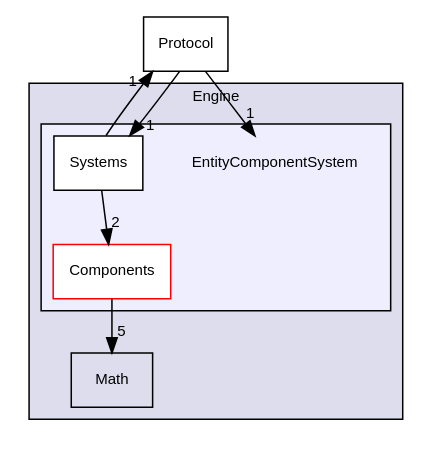
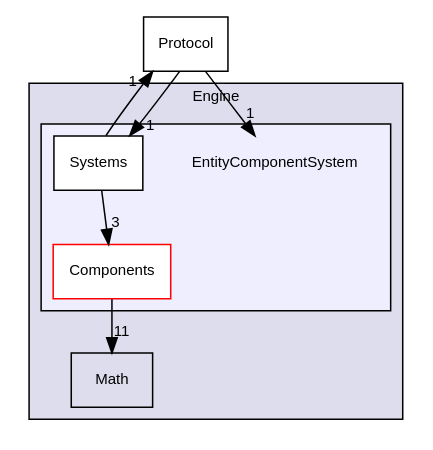
Before and after one commit to MasterLaplace/flakkari: the diagram in dir_a60a0a50912261337a6df9770eafa8d1_dep.dot, drawn with Graphviz. The commit also changed 456 other files, not shown here.

```diff
--- a/dir_a60a0a50912261337a6df9770eafa8d1_dep.dot
+++ b/dir_a60a0a50912261337a6df9770eafa8d1_dep.dot
@@ -1,21 +1,21 @@
 digraph "Flakkari/Engine/EntityComponentSystem" {
   compound=true
   node [ fontsize="10", fontname="Helvetica"];
   edge [ labelfontsize="10", labelfontname="Helvetica"];
   subgraph clusterdir_a8832efbf453ed375786272748b42b6e {
     graph [ bgcolor="#ddddee", pencolor="black", label="Engine" fontname="Helvetica", fontsize="10", URL="dir_a8832efbf453ed375786272748b42b6e.html"]
   dir_91bfd317f0d822e02c021ee39d31f634 [shape=box label="Math" URL="dir_91bfd317f0d822e02c021ee39d31f634.html"];
   subgraph clusterdir_a60a0a50912261337a6df9770eafa8d1 {
     graph [ bgcolor="#eeeeff", pencolor="black", label="" URL="dir_a60a0a50912261337a6df9770eafa8d1.html"];
     dir_a60a0a50912261337a6df9770eafa8d1 [shape=plaintext label="EntityComponentSystem"];
   dir_6b151d91432e5e3a835f5b0d29761f9f [shape=box label="Components" fillcolor="white" style="filled" color="red" URL="dir_6b151d91432e5e3a835f5b0d29761f9f.html"];
   dir_cc6d98a17b49648a94b8f9291bc1f318 [shape=box label="Systems" fillcolor="white" style="filled" URL="dir_cc6d98a17b49648a94b8f9291bc1f318.html"];
   }
   }
   dir_c5bb1fc07982e0126fd8087c13a737b0 [shape=box label="Protocol" URL="dir_c5bb1fc07982e0126fd8087c13a737b0.html"];
-  dir_c5bb1fc07982e0126fd8087c13a737b0->dir_a60a0a50912261337a6df9770eafa8d1 [headlabel="1", labeldistance=1.5 headhref="dir_000011_000003.html"];
-  dir_c5bb1fc07982e0126fd8087c13a737b0->dir_cc6d98a17b49648a94b8f9291bc1f318 [headlabel="1", labeldistance=1.5 headhref="dir_000011_000007.html"];
-  dir_cc6d98a17b49648a94b8f9291bc1f318->dir_6b151d91432e5e3a835f5b0d29761f9f [headlabel="2", labeldistance=1.5 headhref="dir_000007_000004.html"];
-  dir_cc6d98a17b49648a94b8f9291bc1f318->dir_c5bb1fc07982e0126fd8087c13a737b0 [headlabel="1", labeldistance=1.5 headhref="dir_000007_000011.html"];
-  dir_6b151d91432e5e3a835f5b0d29761f9f->dir_91bfd317f0d822e02c021ee39d31f634 [headlabel="5", labeldistance=1.5 headhref="dir_000004_000008.html"];
+  dir_c5bb1fc07982e0126fd8087c13a737b0->dir_a60a0a50912261337a6df9770eafa8d1 [headlabel="1", labeldistance=1.5 headhref="dir_000012_000003.html"];
+  dir_c5bb1fc07982e0126fd8087c13a737b0->dir_cc6d98a17b49648a94b8f9291bc1f318 [headlabel="1", labeldistance=1.5 headhref="dir_000012_000008.html"];
+  dir_cc6d98a17b49648a94b8f9291bc1f318->dir_6b151d91432e5e3a835f5b0d29761f9f [headlabel="3", labeldistance=1.5 headhref="dir_000008_000004.html"];
+  dir_cc6d98a17b49648a94b8f9291bc1f318->dir_c5bb1fc07982e0126fd8087c13a737b0 [headlabel="1", labeldistance=1.5 headhref="dir_000008_000012.html"];
+  dir_6b151d91432e5e3a835f5b0d29761f9f->dir_91bfd317f0d822e02c021ee39d31f634 [headlabel="11", labeldistance=1.5 headhref="dir_000004_000009.html"];
 }
```
